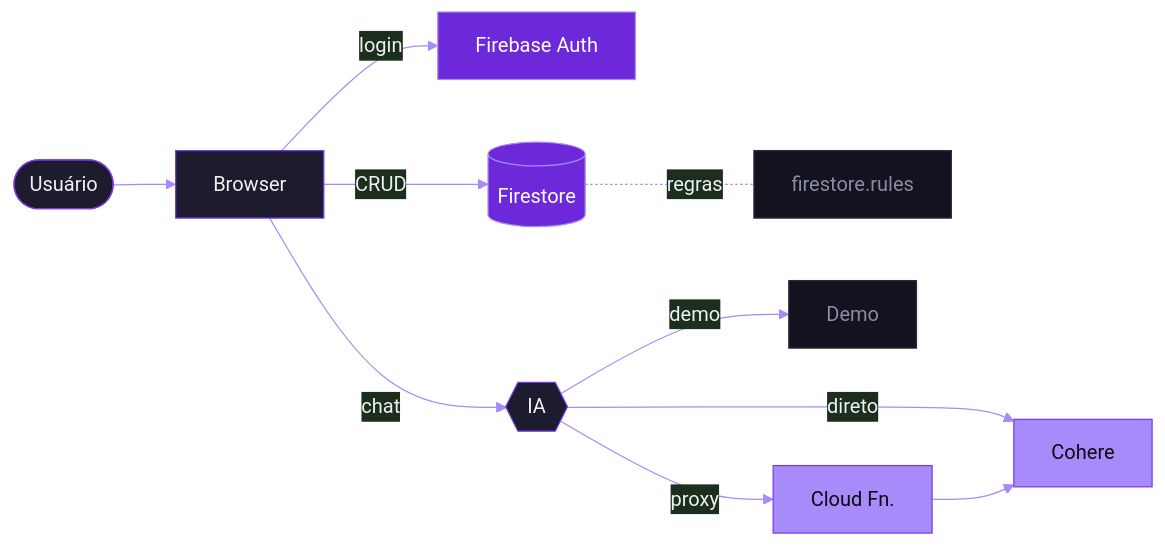
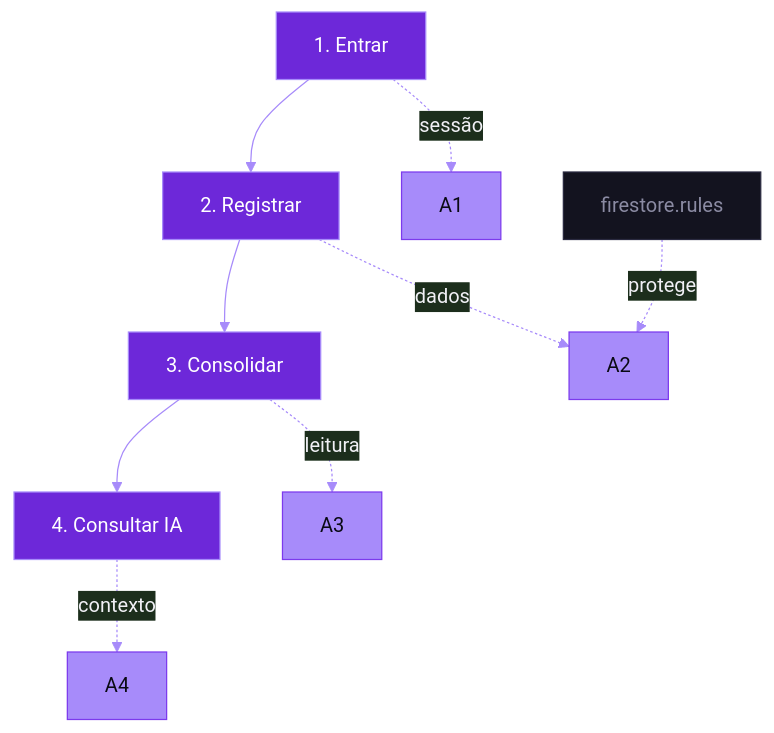
The diagram in README.md (carloshjes/gastos-mensais), drawn with Mermaid before and after one commit. The commit also changed other lines of this file, not shown here.

````diff
--- a/README.md
+++ b/README.md
@@ -106,25 +128,24 @@
 ```mermaid
 %%{init: {'theme':'base', 'themeVariables': {
   'primaryColor':'#1c1c2e',
   'primaryTextColor':'#f0f0f5',
   'primaryBorderColor':'#7c3aed',
   'lineColor':'#a78bfa'
 }}}%%
-flowchart LR
-    U([Usuário]) --> B[Browser]
-    B -->|login| FA[Firebase Auth]
-    B -->|CRUD| FS[(Firestore)]
-    B -->|chat| IA{{IA}}
-    IA -->|demo| D[Demo]
-    IA -->|direto| CO[Cohere]
-    IA -->|proxy| CF[Cloud Fn.] --> CO
-    FS -. regras .- R[firestore.rules]
+flowchart TB
+    J1["1. Entrar"] --> J2["2. Registrar"] --> J3["3. Consolidar"] --> J4["4. Consultar IA"]
 
-    classDef firebase fill:#6d28d9,stroke:#a78bfa,color:#fff
-    classDef cohere fill:#a78bfa,stroke:#7c3aed,color:#0a0a14
+    J1 -. sessão .-> A1
+    J2 -. dados .-> A2
+    J3 -. leitura .-> A3
+    J4 -. contexto .-> A4
+    R["firestore.rules"]:::rules -. protege .-> A2
+
+    classDef journey fill:#6d28d9,stroke:#a78bfa,color:#fff
+    classDef infra fill:#a78bfa,stroke:#7c3aed,color:#0a0a14
     classDef rules fill:#13131f,stroke:#2a2a40,color:#8b8ba3
 
-    class FA,FS firebase
-    class CO,CF cohere
-    class R,D rules
+    class J1,J2,J3,J4 journey
+    class A1,A2,A3,A4 infra
+    class R rules
 ```
````
